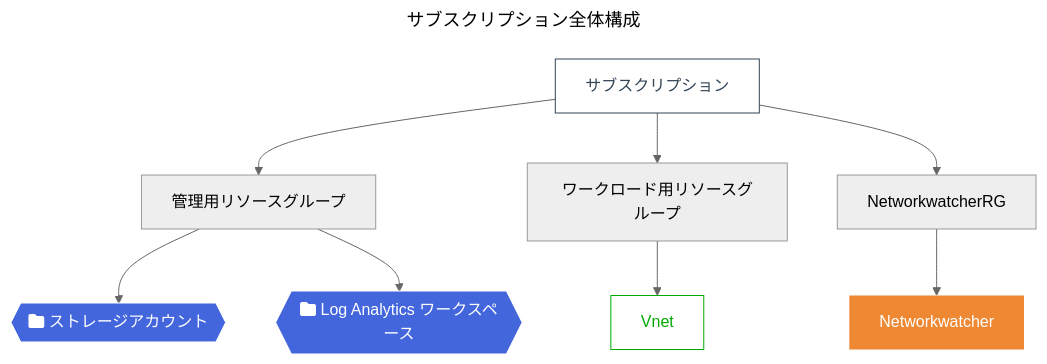
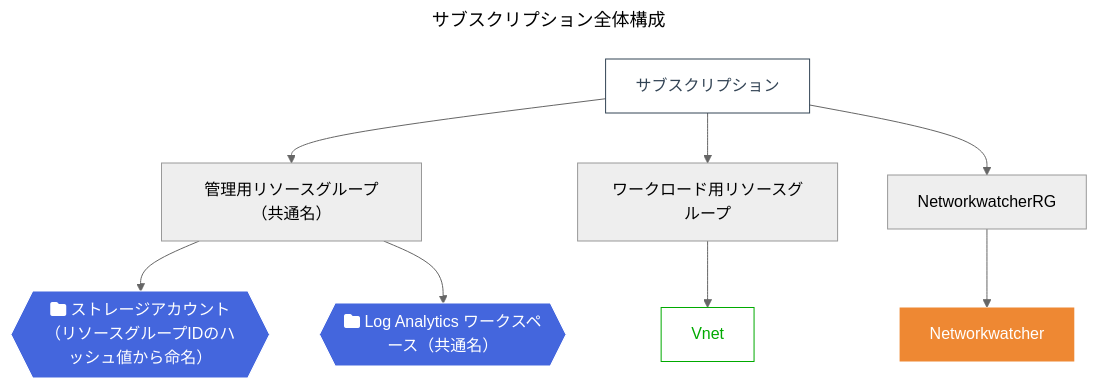
The diagram in CustomPolicy/vnetFlowLog/README.md (NakayamaKento/AzurePolicy), drawn with Mermaid (neutral theme) before and after one commit. The commit also changed other lines of this file, not shown here.

Commit message:
Update VnetFlowLogCrossSubscription.json description

````diff
--- a/CustomPolicy/vnetFlowLog/README.md
+++ b/CustomPolicy/vnetFlowLog/README.md
@@ -19,29 +19,29 @@
 ```mermaid
 ---
 title: サブスクリプション全体構成
 ---
 graph TD
-sub1[サブスクリプション] --> rg1[管理用リソースグループ]
+sub1[サブスクリプション] --> rg1[管理用リソースグループ（共通名）]
 sub1 --> rg2[ワークロード用リソースグループ]
 sub1 --> rg3[NetworkwatcherRG]
 
-rg1 --> sa1{{"fa:fa-folder ストレージアカウント"}}
-rg1 --> la1{{"fa:fa-folder Log Analytics ワークスペース"}}
+rg1 --> sa1{{"fa:fa-folder ストレージアカウント（リソースグループIDのハッシュ値から命名）"}}
+rg1 --> la1{{"fa:fa-folder Log Analytics ワークスペース（共通名）"}}
 
 rg2 --> vnet1[Vnet]
 
 rg3 --> nw1[Networkwatcher]
 
 %%サブグラフのスタイル
 classDef subG fill:none,color:#345,stroke:#345
 class sub1 subG
 
 classDef PaaSG fill:#46d,color:#fff,stroke:#fff
 class sa1,la1 PaaSG
 
 classDef VnetG fill:none,color:#0a0,stroke:#0a0
 class vnet1 VnetG
 
 classDef SCP fill:#e83,color:#fff,stroke:none
 class nw1 SCP
 ```
````
